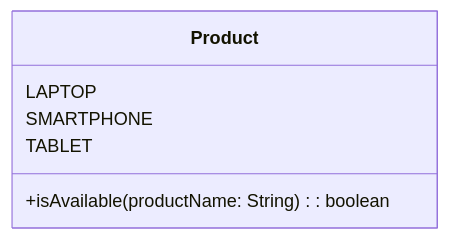
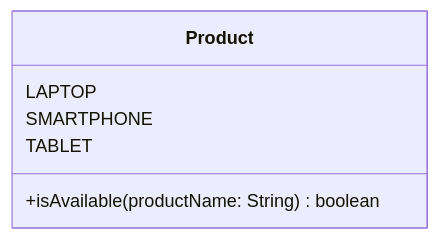
The third of 4 diagrams in scr/exercises/Programmieren1/SampleExam/ReadMe.md (wielandjan/java_helloWorld_1), drawn with Mermaid before and after one commit. The commit also changed other lines of this file and 1 other file, not shown here.

````diff
--- a/scr/exercises/Programmieren1/SampleExam/ReadMe.md
+++ b/scr/exercises/Programmieren1/SampleExam/ReadMe.md
@@ -129,9 +129,9 @@
 ```mermaid
 classDiagram
     class Product {
         LAPTOP
         SMARTPHONE
         TABLET
-        +isAvailable(productName: String): boolean
+        +isAvailable(productName: String) boolean
     }
 ```
````
